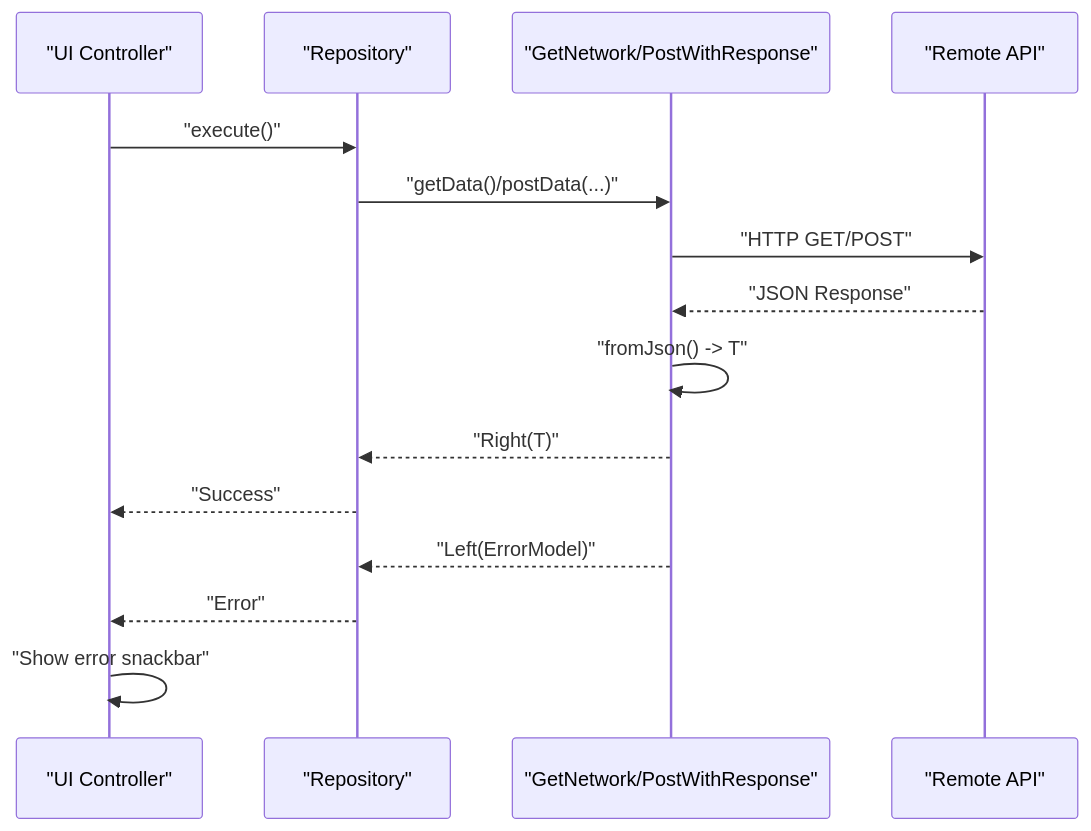
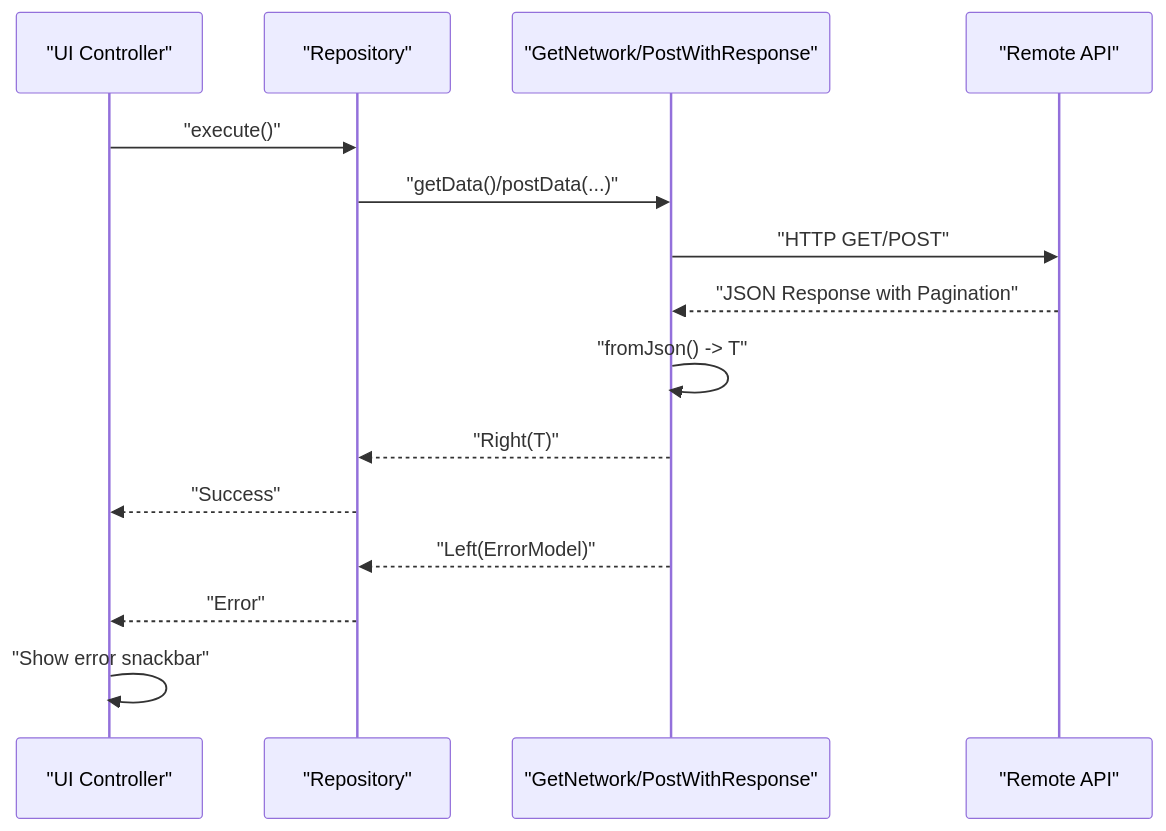
Before and after one commit to Ariful3111/FurniGo: the second of 6 diagrams in .qoder/repowiki/en/content/Data Models and Schemas.md, drawn with Mermaid. The commit also changed other lines of this file and 8 other files, not shown here.

````diff
--- a/.qoder/repowiki/en/content/Data Models and Schemas.md
+++ b/.qoder/repowiki/en/content/Data Models and Schemas.md
@@ -161,17 +194,17 @@
 ```mermaid
 sequenceDiagram
 participant UI as "UI Controller"
 participant Repo as "Repository"
 participant Net as "GetNetwork/PostWithResponse"
 participant API as "Remote API"
 UI->>Repo : "execute()"
 Repo->>Net : "getData()/postData(...)"
 Net->>API : "HTTP GET/POST"
-API-->>Net : "JSON Response"
+API-->>Net : "JSON Response with Pagination"
 Net->>Net : "fromJson() -> T"
 Net-->>Repo : "Right(T)"
 Repo-->>UI : "Success"
 Net-->>Repo : "Left(ErrorModel)"
 Repo-->>UI : "Error"
 UI->>UI : "Show error snackbar"
 ```
````
